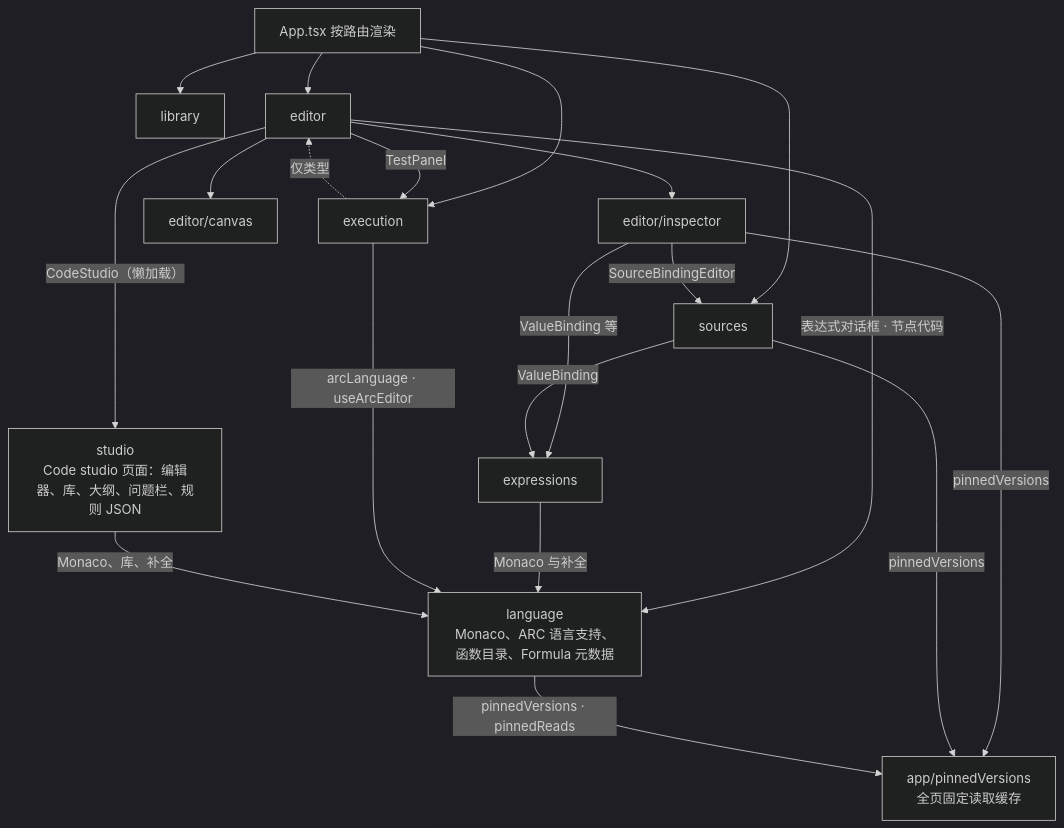
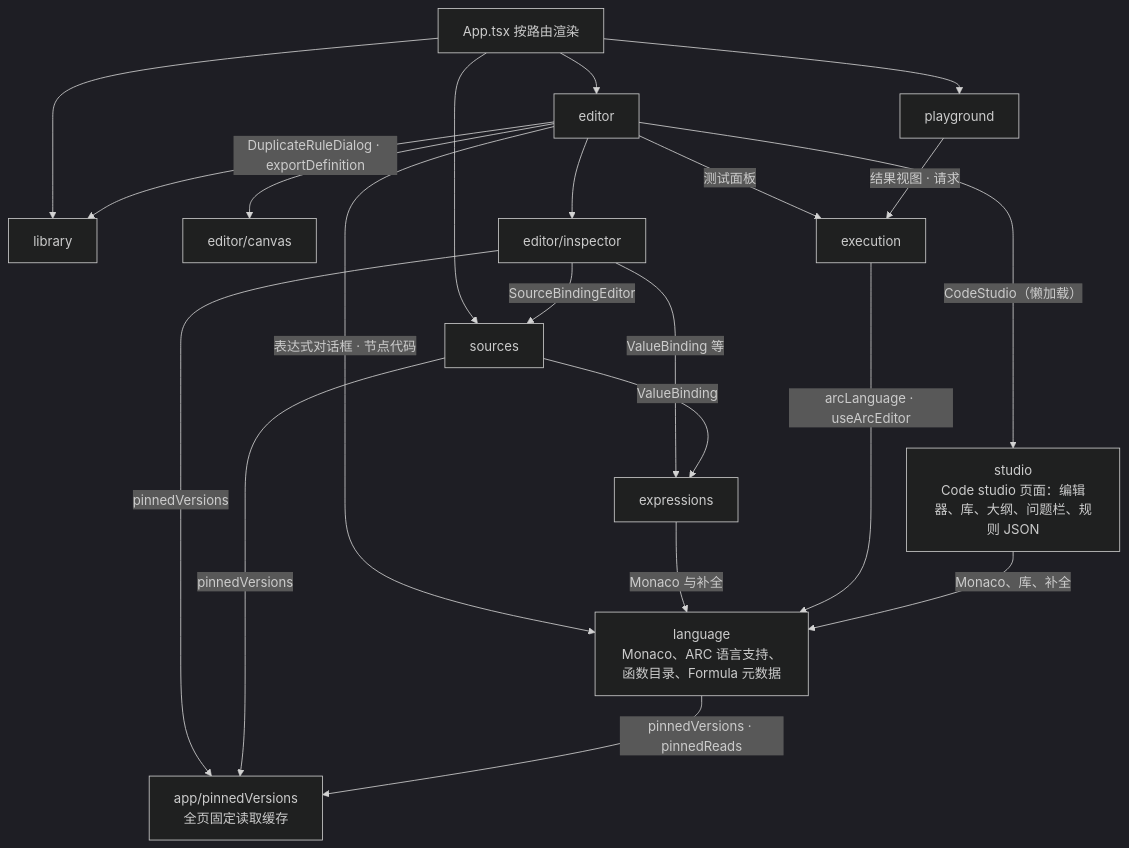
The third of 3 diagrams in docs/frontend-guide.md (SoooEZ/arc), drawn with Mermaid (dark theme) before and after one commit. The commit also changed other lines of this file and 187 other files, not shown here.

````diff
--- a/docs/frontend-guide.md
+++ b/docs/frontend-guide.md
@@ -59,21 +60,22 @@
 ```mermaid
 flowchart TB
-  App["App.tsx 按路由渲染"] --> library & editor & execution & sources
+  App["App.tsx 按路由渲染"] --> library & editor & playground & sources
   editor --> canvas["editor/canvas"] & inspector["editor/inspector"]
-  editor -->|"TestPanel"| execution
+  editor -->|"测试面板"| execution
+  playground -->|"结果视图 · 请求"| execution
   editor -->|"CodeStudio（懒加载）"| studio
+  editor -->|"DuplicateRuleDialog · exportDefinition"| library
   editor -->|"表达式对话框 · 节点代码"| language
-  execution -.->|"仅类型"| editor
   inspector -->|"ValueBinding 等"| expressions
   inspector -->|"SourceBindingEditor"| sources
   sources -->|"ValueBinding"| expressions
   expressions -->|"Monaco 与补全"| language
   execution -->|"arcLanguage · useArcEditor"| language
   studio -->|"Monaco、库、补全"| language
   inspector -->|"pinnedVersions"| caches
   sources -->|"pinnedVersions"| caches
   language -->|"pinnedVersions · pinnedReads"| caches
   studio["studio<br/>Code studio 页面：编辑器、库、大纲、问题栏、规则 JSON"]
   language["language<br/>Monaco、ARC 语言支持、函数目录、Formula 元数据"]
   caches["app/pinnedVersions<br/>全页固定读取缓存"]
 ```
````
